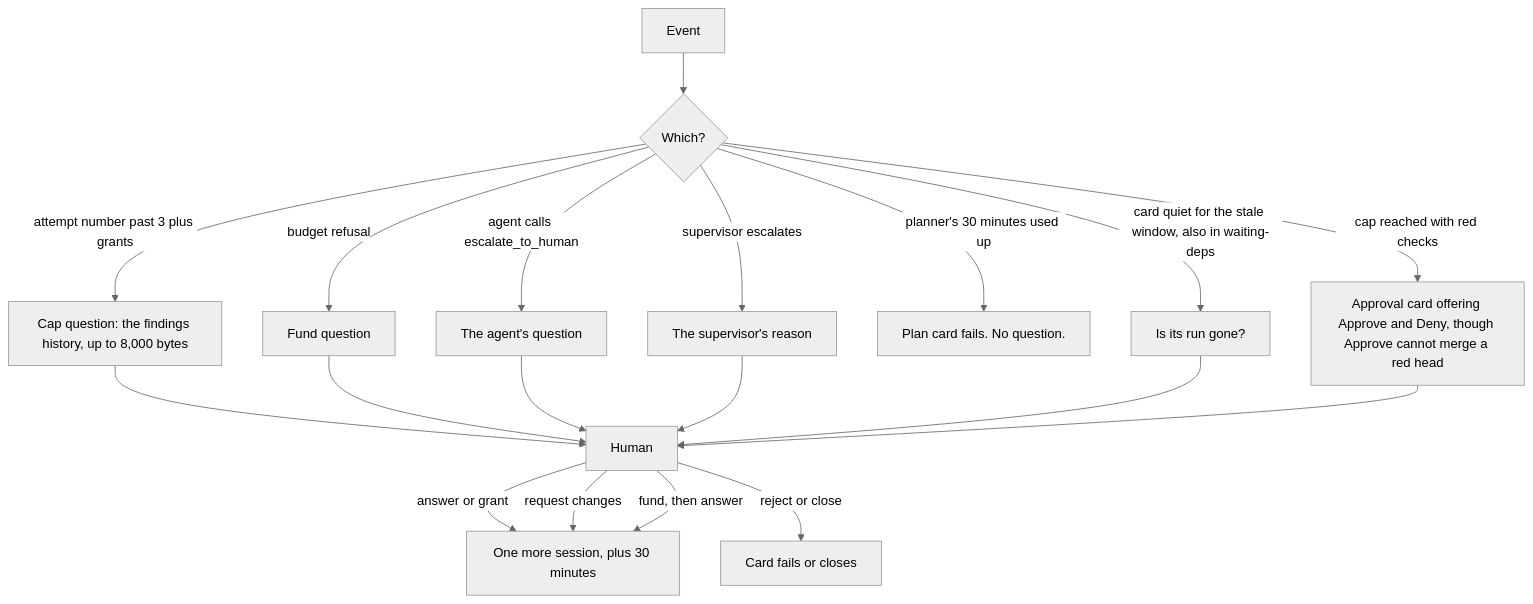
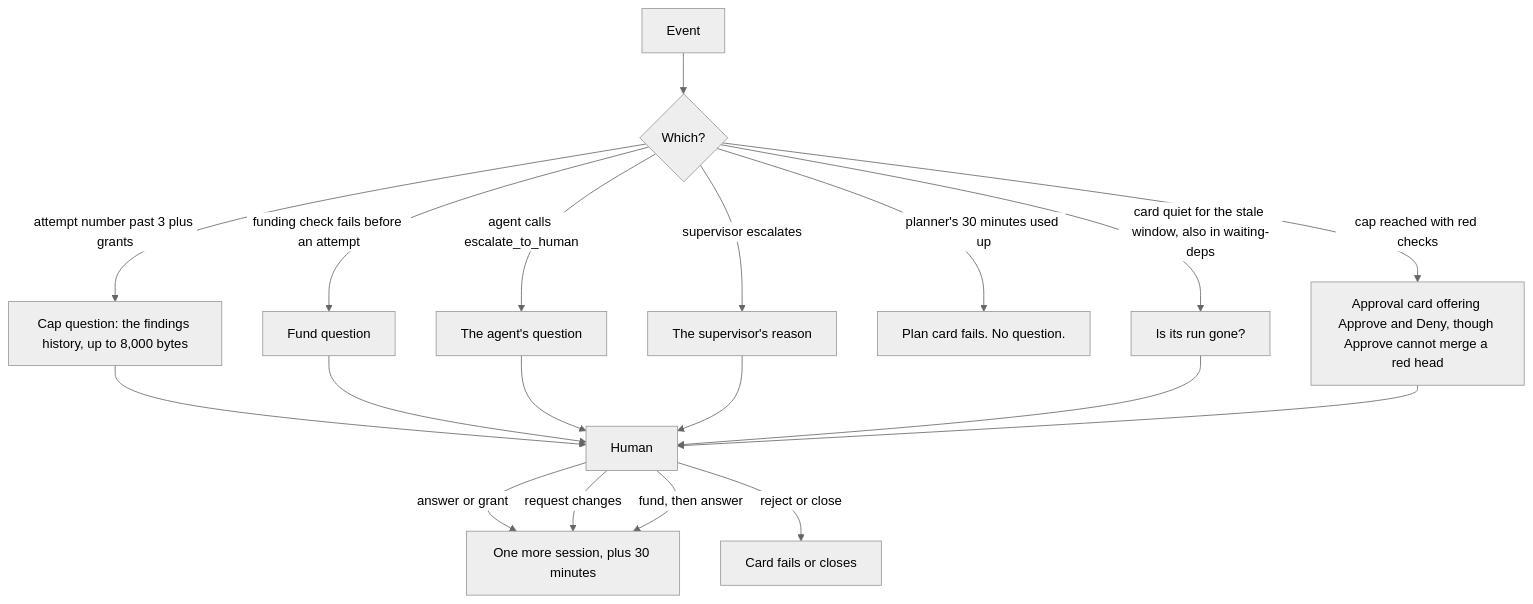
Before and after one commit to sebastianrueckerai/ai-software-factory: the sixth of 9 diagrams in docs/escalation-ladder-redesign-2026-10-15.md, drawn with Mermaid (neutral theme). The commit also changed other lines of this file, not shown here.

Commit message:
Escalation ladder redesign: the filer sets the rung, the planner role, the budget path through the funding check, three guardrails on dropping a finding, dated answers, the stale sweep reads liveness, replay scenarios as the test, and the order of work

````diff
--- a/docs/escalation-ladder-redesign-2026-10-15.md
+++ b/docs/escalation-ladder-redesign-2026-10-15.md
@@ -200,21 +207,21 @@
 ```mermaid
 flowchart TD
   X[Event] --> Y{Which?}
   Y -->|attempt number past 3 plus grants| CAP[Cap question: the findings history, up to 8,000 bytes]
-  Y -->|budget refusal| FUND[Fund question]
+  Y -->|funding check fails before an attempt| FUND[Fund question]
   Y -->|agent calls escalate_to_human| ASK["The agent's question"]
   Y -->|supervisor escalates| SUP["The supervisor's reason"]
   Y -->|planner's 30 minutes used up| FAIL[Plan card fails. No question.]
   Y -->|card quiet for the stale window, also in waiting-deps| STALE[Is its run gone?]
   Y -->|cap reached with red checks| APR[Approval card offering Approve and Deny, though Approve cannot merge a red head]
   CAP --> H[Human]
   FUND --> H
   ASK --> H
   SUP --> H
   STALE --> H
   APR --> H
   H -->|answer or grant| S[One more session, plus 30 minutes]
   H -->|request changes| S
   H -->|fund, then answer| S
   H -->|reject or close| DONE[Card fails or closes]
 ```
````
